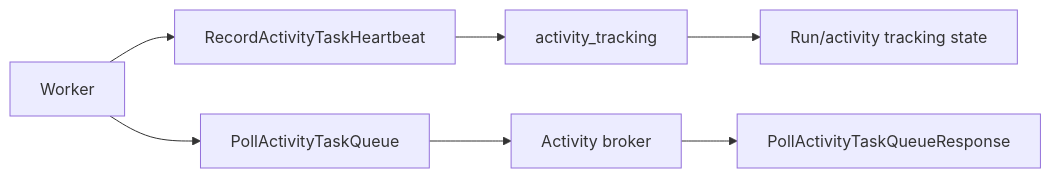
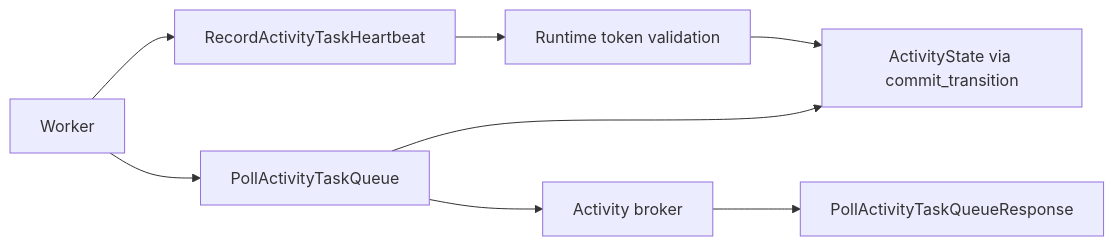
Before and after one commit to tokeira/tokeira: the diagram in .kiro/specs/api-conformance-activity-events/design.md, drawn with Mermaid. The commit also changed other lines of this file and 63 other files, not shown here.

````diff
--- a/.kiro/specs/api-conformance-activity-events/design.md
+++ b/.kiro/specs/api-conformance-activity-events/design.md
@@ -15,9 +15,10 @@
 ```mermaid
 flowchart LR
     Worker --> Heartbeat["RecordActivityTaskHeartbeat"]
-    Heartbeat --> Runtime["activity_tracking"]
-    Runtime --> Store["Run/activity tracking state"]
+    Heartbeat --> Runtime["Runtime token validation"]
+    Runtime --> Store["ActivityState via commit_transition"]
     Worker --> Poll["PollActivityTaskQueue"]
     Poll --> Broker["Activity broker"]
+    Poll --> Store
     Broker --> Response["PollActivityTaskQueueResponse"]
 ```
````
